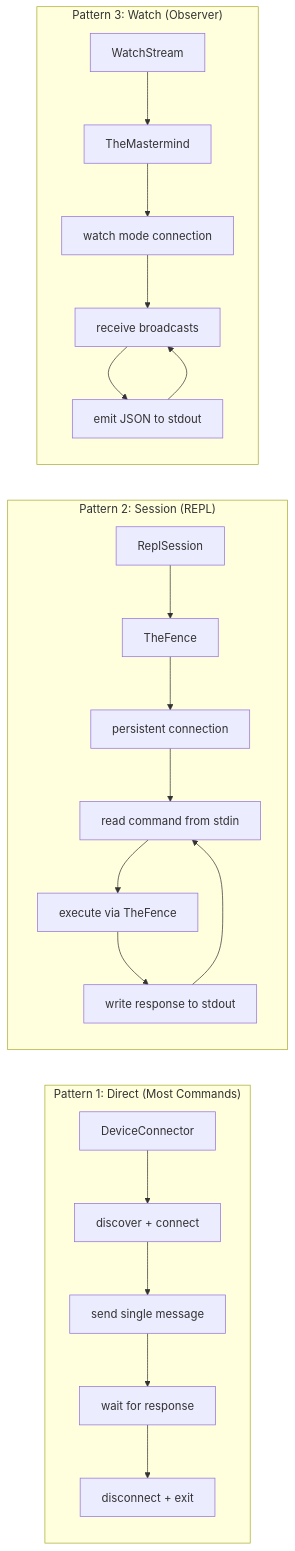
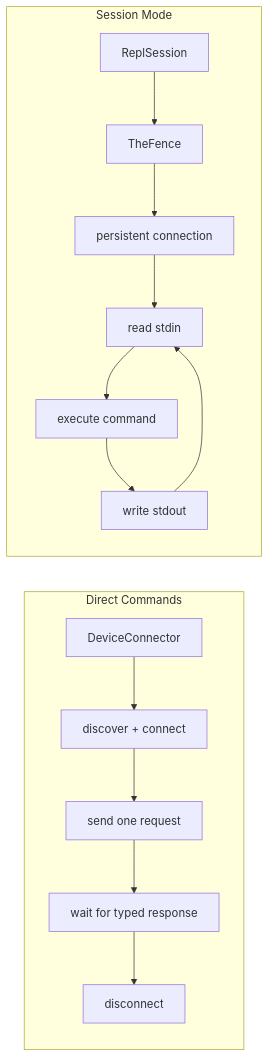
Before and after one commit to RoyalPineapple/TheButtonHeist: the second of 2 diagrams in docs/dossiers/11-CLI.md, drawn with Mermaid. The commit also changed other lines of this file and 8 other files, not shown here.

````diff
--- a/docs/dossiers/11-CLI.md
+++ b/docs/dossiers/11-CLI.md
@@ -74,26 +68,18 @@
 ```mermaid
 flowchart LR
-    subgraph Pattern1["Pattern 1: Direct (Most Commands)"]
+    subgraph Direct["Direct Commands"]
         D1["DeviceConnector"] --> D2["discover + connect"]
-        D2 --> D3["send single message"]
-        D3 --> D4["wait for response"]
-        D4 --> D5["disconnect + exit"]
+        D2 --> D3["send one request"]
+        D3 --> D4["wait for typed response"]
+        D4 --> D5["disconnect"]
     end
 
-    subgraph Pattern2["Pattern 2: Session (REPL)"]
+    subgraph Session["Session Mode"]
         S1["ReplSession"] --> S2["TheFence"]
         S2 --> S3["persistent connection"]
-        S3 --> S4["read command from stdin"]
-        S4 --> S5["execute via TheFence"]
-        S5 --> S6["write response to stdout"]
+        S3 --> S4["read stdin"]
+        S4 --> S5["execute command"]
+        S5 --> S6["write stdout"]
         S6 --> S4
     end
-
-    subgraph Pattern3["Pattern 3: Watch (Observer)"]
-        W1["WatchStream"] --> W2["TheMastermind"]
-        W2 --> W3["watch mode connection"]
-        W3 --> W4["receive broadcasts"]
-        W4 --> W5["emit JSON to stdout"]
-        W5 --> W4
-    end
 ```
````
